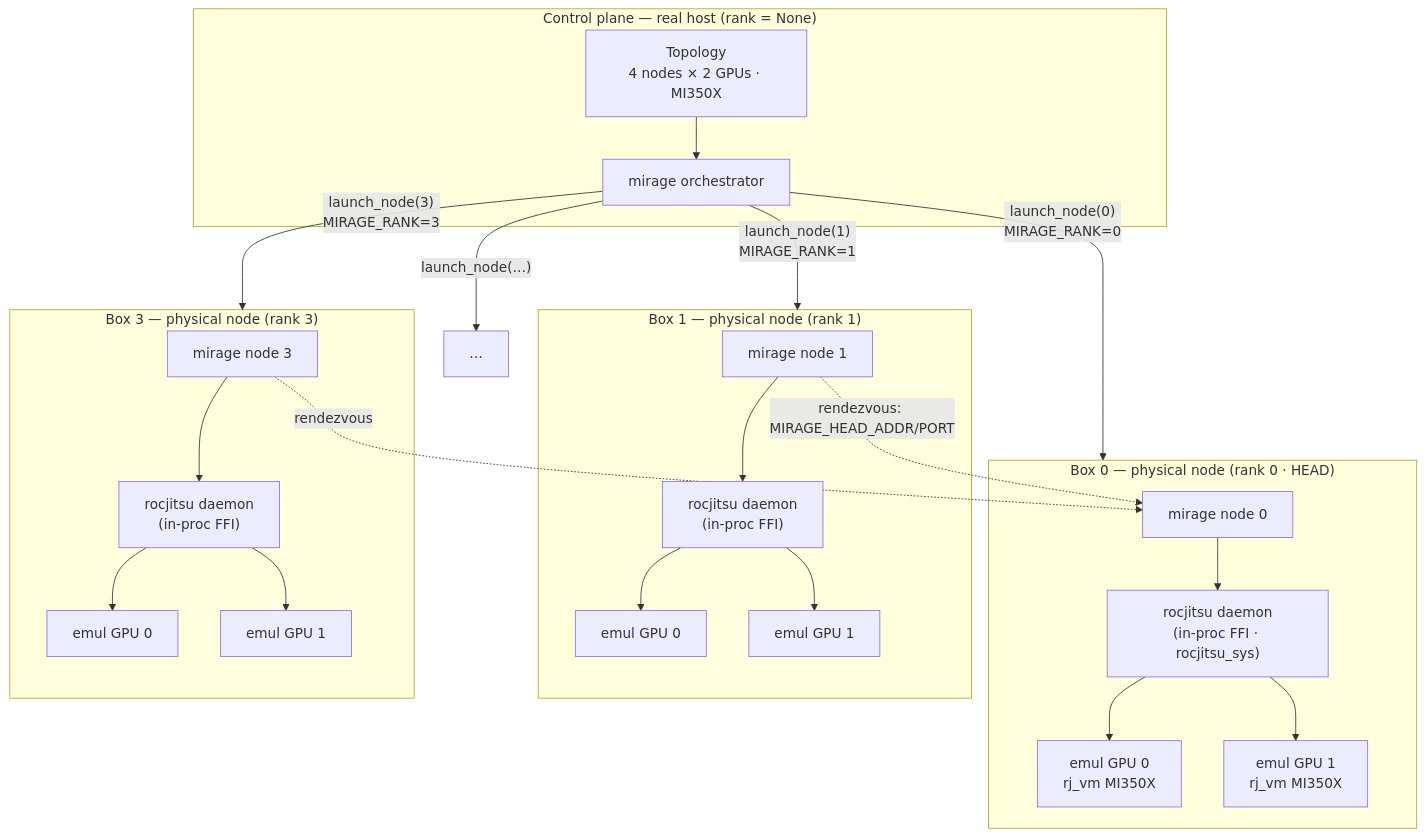
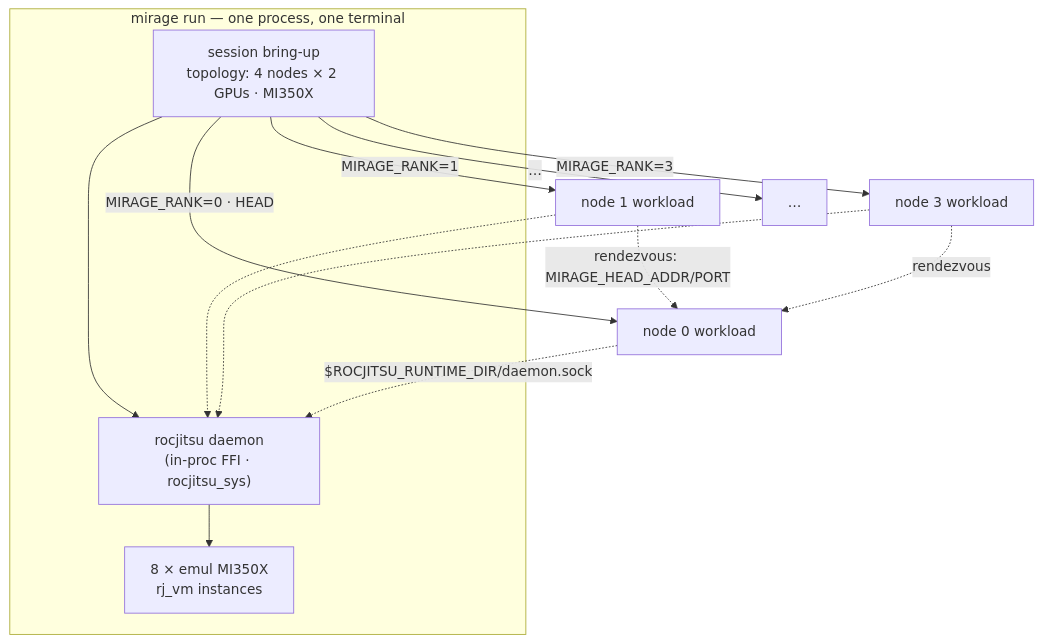
Before and after one commit to ROCm/rocm-systems: the ninth of 14 diagrams in emulation/mirage/docs/demo-debugging-at-scale.md, drawn with Mermaid. The commit also changed other lines of this file and 107 other files, not shown here.

````diff
--- a/emulation/mirage/docs/demo-debugging-at-scale.md
+++ b/emulation/mirage/docs/demo-debugging-at-scale.md
@@ -296,32 +314,20 @@
 ```mermaid
 flowchart TB
-    subgraph plane["Control plane — real host (rank = None)"]
-      TOPO["Topology<br/>4 nodes × 2 GPUs · MI350X"]
-      ORCH["mirage orchestrator"]
-      TOPO --> ORCH
+    subgraph proc["mirage run — one process, one terminal"]
+      SESS["session bring-up<br/>topology: 4 nodes × 2 GPUs · MI350X"]
+      DAEM["rocjitsu daemon<br/>(in-proc FFI · rocjitsu_sys)"]
+      SESS --> DAEM
+      DAEM --> GPUS["8 × emul MI350X<br/>rj_vm instances"]
     end
 
-    ORCH -->|"launch_node(0)<br/>MIRAGE_RANK=0"| B0
-    ORCH -->|"launch_node(1)<br/>MIRAGE_RANK=1"| B1
-    ORCH -->|"launch_node(…)"| BE["…"]
-    ORCH -->|"launch_node(3)<br/>MIRAGE_RANK=3"| B3
+    SESS -->|"MIRAGE_RANK=0 · HEAD"| N0["node 0 workload"]
+    SESS -->|"MIRAGE_RANK=1"| N1["node 1 workload"]
+    SESS -->|"…"| NE["…"]
+    SESS -->|"MIRAGE_RANK=3"| N3["node 3 workload"]
 
-    subgraph B0["Box 0 — physical node (rank 0 · HEAD)"]
-      H0["mirage node 0"] --> D0["rocjitsu daemon<br/>(in-proc FFI · rocjitsu_sys)"]
-      D0 --> G00["emul GPU 0<br/>rj_vm MI350X"]
-      D0 --> G01["emul GPU 1<br/>rj_vm MI350X"]
-    end
-    subgraph B1["Box 1 — physical node (rank 1)"]
-      H1["mirage node 1"] --> D1["rocjitsu daemon<br/>(in-proc FFI)"]
-      D1 --> G10["emul GPU 0"]
-      D1 --> G11["emul GPU 1"]
-    end
-    subgraph B3["Box 3 — physical node (rank 3)"]
-      H3["mirage node 3"] --> D3["rocjitsu daemon<br/>(in-proc FFI)"]
-      D3 --> G30["emul GPU 0"]
-      D3 --> G31["emul GPU 1"]
-    end
-
-    H1 -. "rendezvous: MIRAGE_HEAD_ADDR/PORT" .-> H0
-    H3 -. rendezvous .-> H0
+    N0 -.->|"$ROCJITSU_RUNTIME_DIR/daemon.sock"| DAEM
+    N1 -.-> DAEM
+    N3 -.-> DAEM
+    N1 -. "rendezvous: MIRAGE_HEAD_ADDR/PORT" .-> N0
+    N3 -. rendezvous .-> N0
 ```
````
